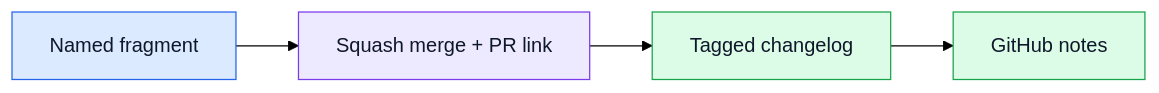
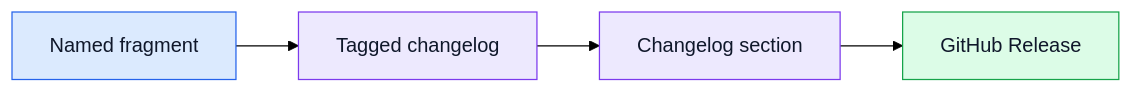
The diagram in docs/tutorial/first-release.rst (gaborbernat/release-creator), drawn with Mermaid (forest theme) before and after one commit. The commit also changed other lines of this file and 90 other files, not shown here.

```diff
--- a/docs/tutorial/first-release.rst
+++ b/docs/tutorial/first-release.rst
@@ -8,15 +8,15 @@
 .. mermaid::
-    :alt: A named fragment passes through a squash merge, pull request linking, and Towncrier before becoming GitHub Release notes.
+    :alt: A named fragment becomes a tagged changelog section, which with GitHub's generated notes forms the release.
     :caption: The release path
     :align: center
 
     flowchart LR
-       fragment["Named fragment"] --> link["Squash merge + PR link"]
-       link --> changelog["Tagged changelog"]
-       changelog --> notes["GitHub notes"]
+       fragment["Named fragment"] --> changelog["Tagged changelog"]
+       changelog --> notes["Changelog section"]
+       notes --> release["GitHub Release"]
        classDef source fill:#dbeafe,stroke:#2563eb,color:#0f172a;
        classDef step fill:#ede9fe,stroke:#7c3aed,color:#0f172a;
        classDef result fill:#dcfce7,stroke:#16a34a,color:#0f172a;
        class fragment source;
-       class link step;
-       class changelog,notes result;
+       class changelog,notes step;
+       class release result;
```
